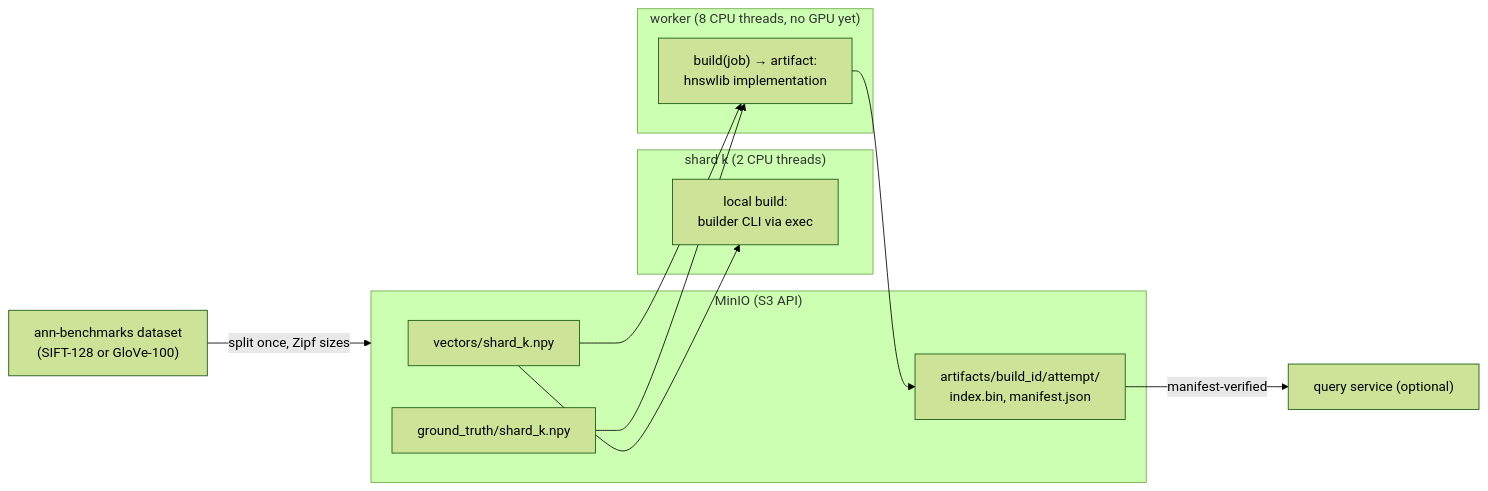
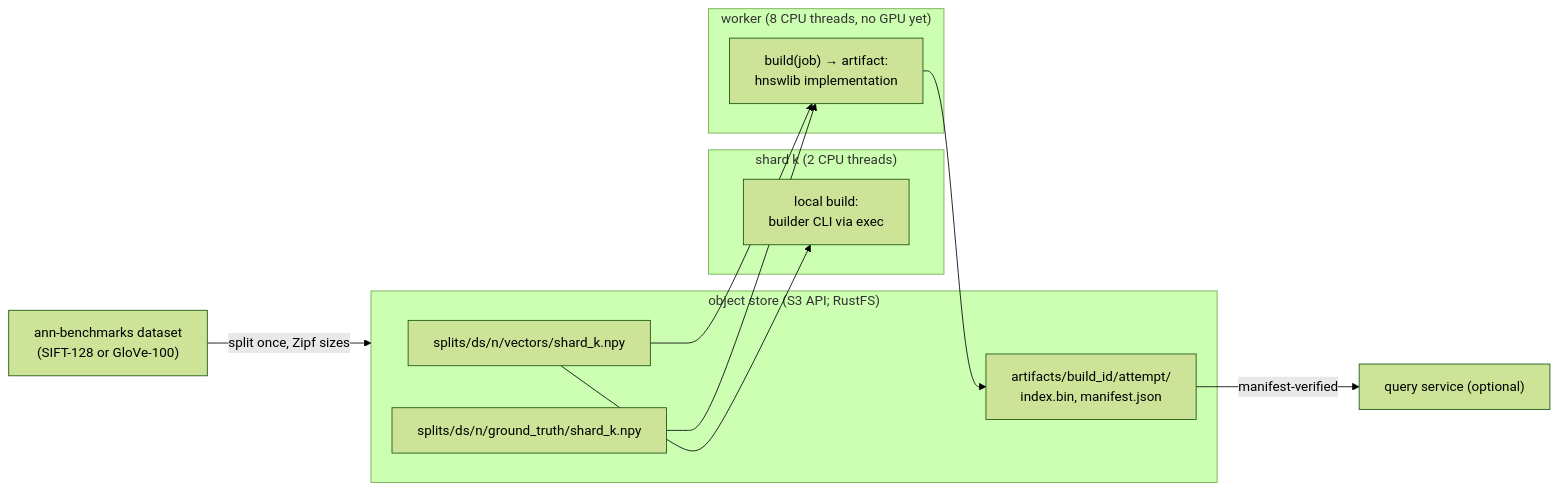
Before and after one commit to arqbca11/HNSWonGPUs: the first of 3 diagrams in docs/design/phase4-hnswlib.md, drawn with Mermaid (forest theme). The commit also changed other lines of this file and 15 other files, not shown here.

````diff
--- a/docs/design/phase4-hnswlib.md
+++ b/docs/design/phase4-hnswlib.md
@@ -17,23 +17,23 @@
 ```mermaid
 flowchart LR
     DS["ann-benchmarks dataset<br/>(SIFT-128 or GloVe-100)"] -- "split once, Zipf sizes" --> MINIO
 
-    subgraph MINIO["MinIO (S3 API)"]
-        V["vectors/shard_k.npy"]
-        GT["ground_truth/shard_k.npy"]
+    subgraph MINIO["object store (S3 API; RustFS)"]
+        V["splits/ds/n/vectors/shard_k.npy"]
+        GT["splits/ds/n/ground_truth/shard_k.npy"]
         ART["artifacts/build_id/attempt/<br/>index.bin, manifest.json"]
     end
 
     subgraph shard["shard k (2 CPU threads)"]
         LB["local build:<br/>builder CLI via exec"]
     end
 
     subgraph worker["worker (8 CPU threads, no GPU yet)"]
         RB["build(job) → artifact:<br/>hnswlib implementation"]
     end
 
     V --> LB & RB
     RB --> ART
     GT --> RB
     ART -- "manifest-verified" --> Q["query service (optional)"]
 ```
````
